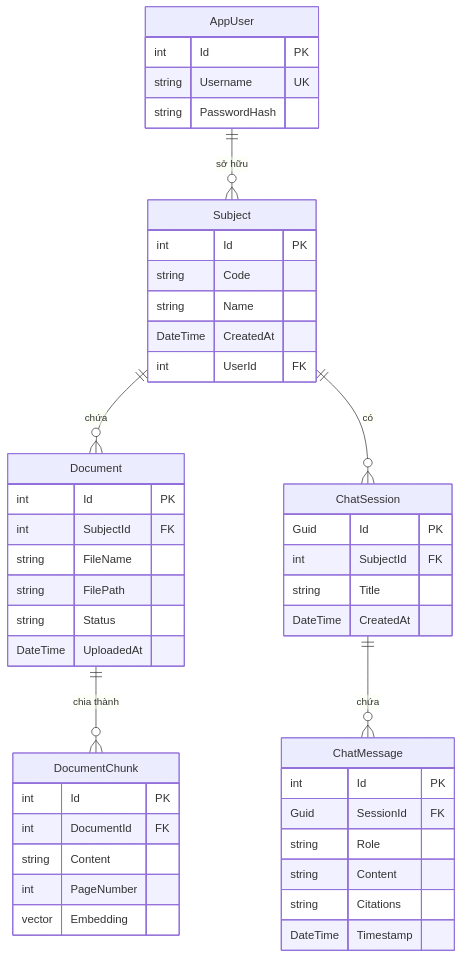
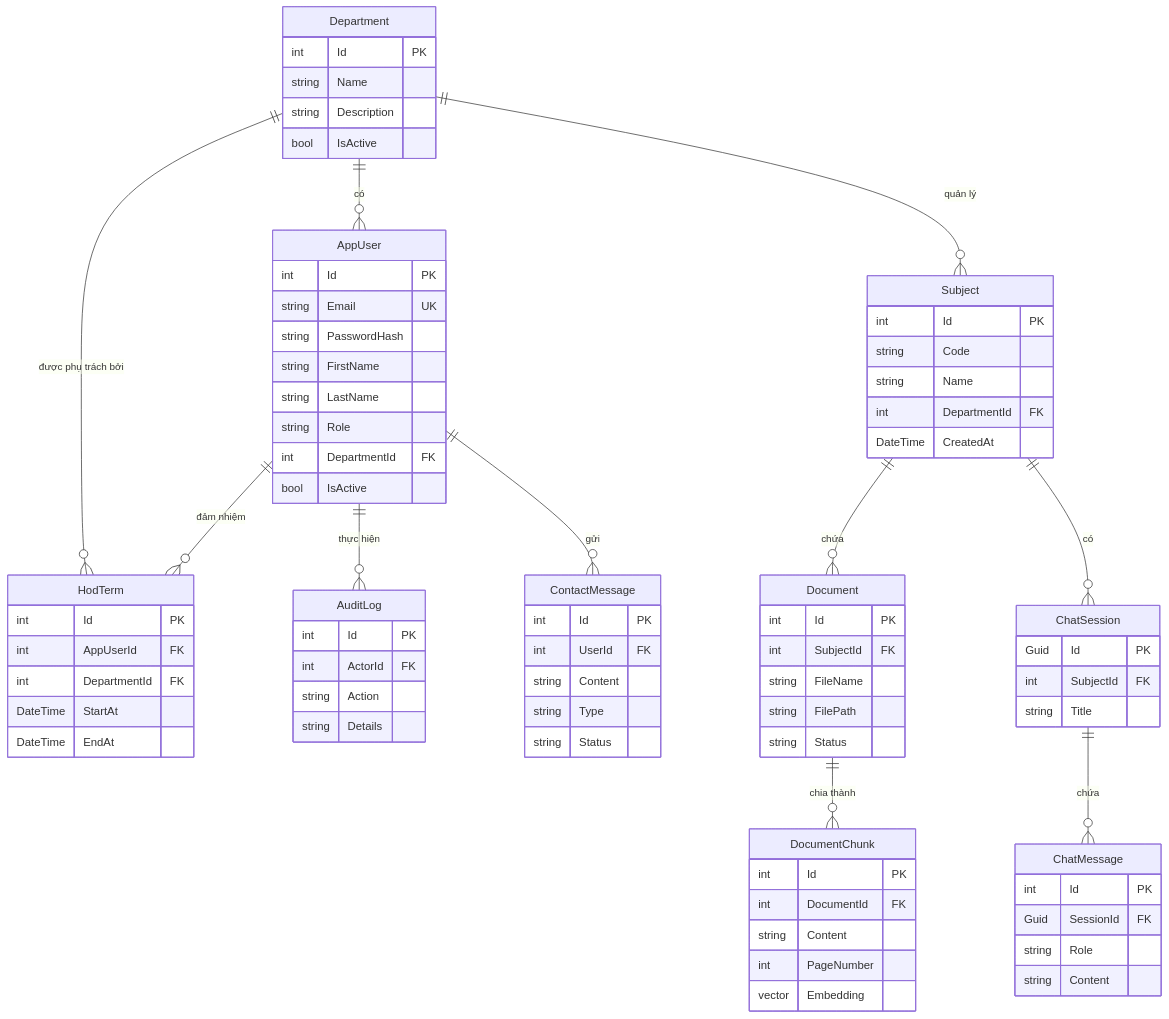
Before and after one commit to hycat-team/ChatBotRagRazorPage: the diagram in ENTITIES.md, drawn with Mermaid. The commit also changed other lines of this file and 285 other files, not shown here.

````diff
--- a/ENTITIES.md
+++ b/ENTITIES.md
@@ -22,6 +26,11 @@
 ```mermaid
 erDiagram
-    AppUser ||--o{ Subject : "sở hữu"
+    Department ||--o{ AppUser : "có"
+    Department ||--o{ Subject : "quản lý"
+    AppUser ||--o{ HodTerm : "đảm nhiệm"
+    Department ||--o{ HodTerm : "được phụ trách bởi"
+    AppUser ||--o{ AuditLog : "thực hiện"
+    AppUser ||--o{ ContactMessage : "gửi"
     Subject ||--o{ Document : "chứa"
     Subject ||--o{ ChatSession : "có"
     Document ||--o{ DocumentChunk : "chia thành"
@@ -29,16 +38,36 @@
 
     AppUser {
         int Id PK
-        string Username UK
+        string Email UK
         string PasswordHash
+        string FirstName
+        string LastName
+        string Role
+        int DepartmentId FK
+        bool IsActive
+    }
+
+    Department {
+        int Id PK
+        string Name
+        string Description
+        bool IsActive
+    }
+
+    HodTerm {
+        int Id PK
+        int AppUserId FK
+        int DepartmentId FK
+        DateTime StartAt
+        DateTime EndAt
     }
 
     Subject {
         int Id PK
         string Code
         string Name
+        int DepartmentId FK
         DateTime CreatedAt
-        int UserId FK
     }
 
     Document {
@@ -47,7 +76,6 @@
         string FileName
         string FilePath
         string Status
-        DateTime UploadedAt
     }
 
     DocumentChunk {
@@ -62,7 +90,6 @@
         Guid Id PK
         int SubjectId FK
         string Title
-        DateTime CreatedAt
     }
 
     ChatMessage {
@@ -70,7 +97,20 @@
         Guid SessionId FK
         string Role
         string Content
-        string Citations
-        DateTime Timestamp
+    }
+    
+    AuditLog {
+        int Id PK
+        int ActorId FK
+        string Action
+        string Details
+    }
+    
+    ContactMessage {
+        int Id PK
+        int UserId FK
+        string Content
+        string Type
+        string Status
     }
 ```
````
